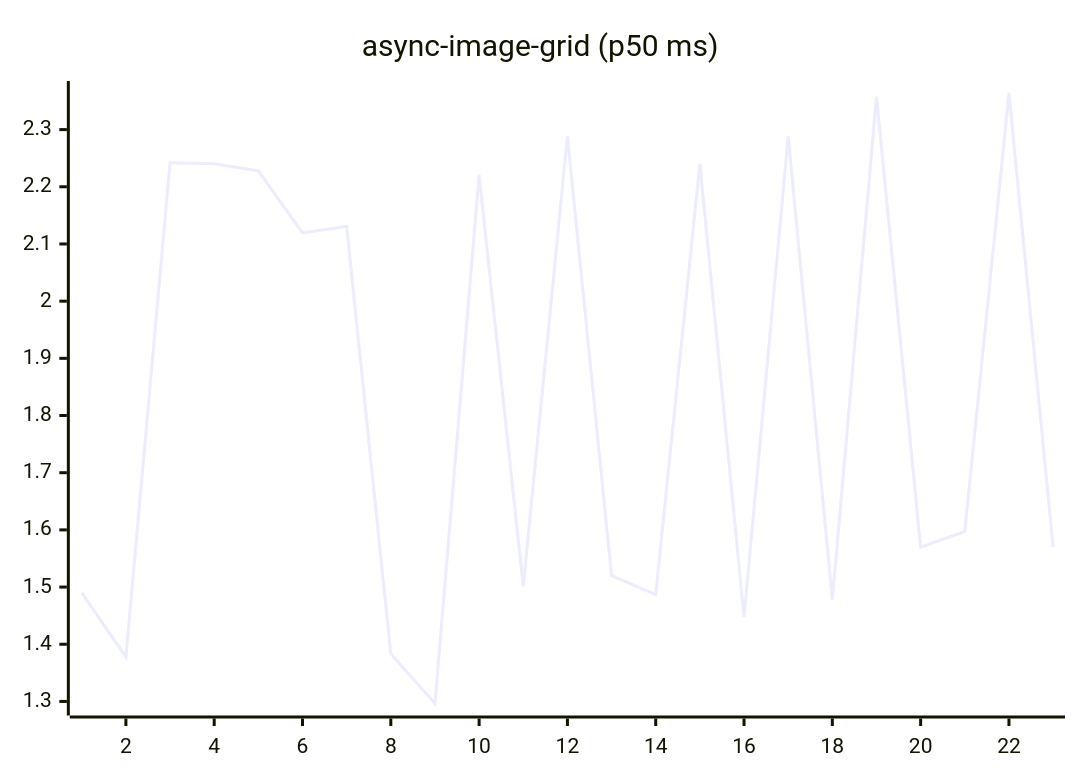
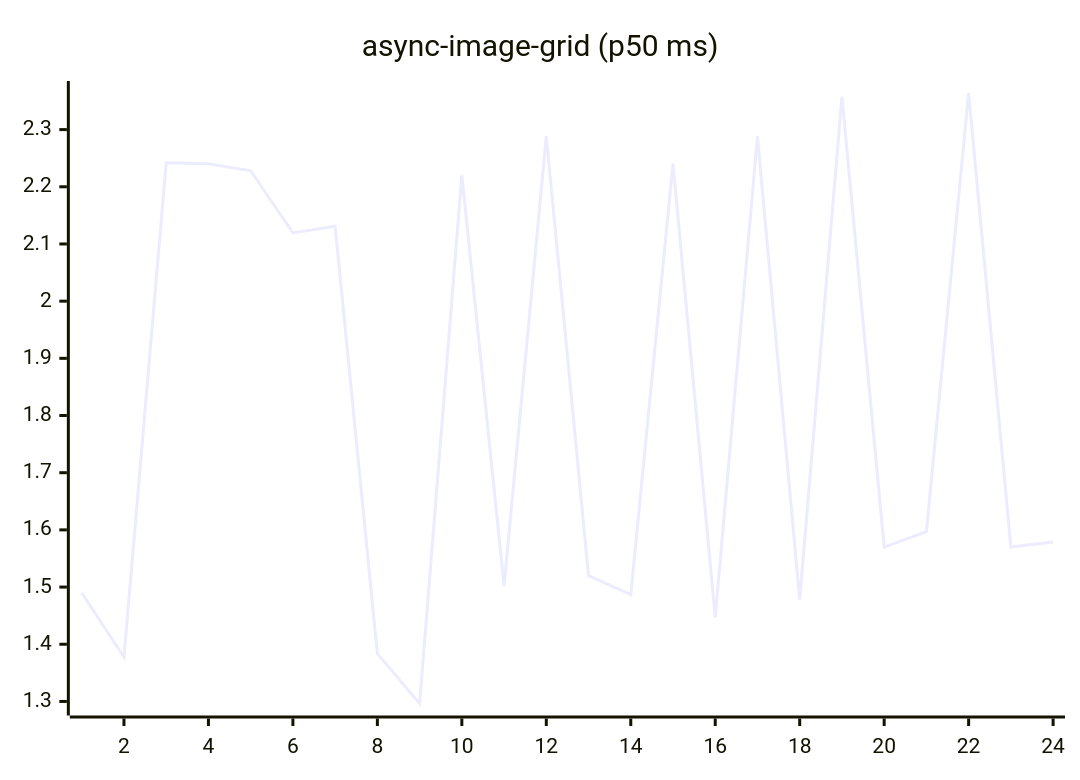
One commit to josha/Facet changed the fifth of 27 diagrams in README.md. Above: the diagram before and after it, drawn with Mermaid. The commit also changed other lines of this file and 2 other files, not shown here.

````diff
--- a/README.md
+++ b/README.md
@@ -91,6 +91,6 @@
 ```mermaid
 xychart-beta
     title "async-image-grid (p50 ms)"
-    x-axis 1 --> 23
-    line [1.4898, 1.3778, 2.2419, 2.2404, 2.2280, 2.1194, 2.1310, 1.3834, 1.2964, 2.2208, 1.5015, 2.2886, 1.5200, 1.4868, 2.2404, 1.4470, 2.2880, 1.4779, 2.3575, 1.5699, 1.5969, 2.3640, 1.5700]
+    x-axis 1 --> 24
+    line [1.4898, 1.3778, 2.2419, 2.2404, 2.2280, 2.1194, 2.1310, 1.3834, 1.2964, 2.2208, 1.5015, 2.2886, 1.5200, 1.4868, 2.2404, 1.4470, 2.2880, 1.4779, 2.3575, 1.5699, 1.5969, 2.3640, 1.5700, 1.5790]
 ```
````
